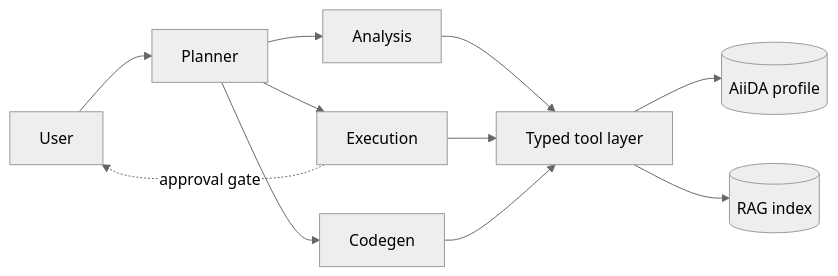
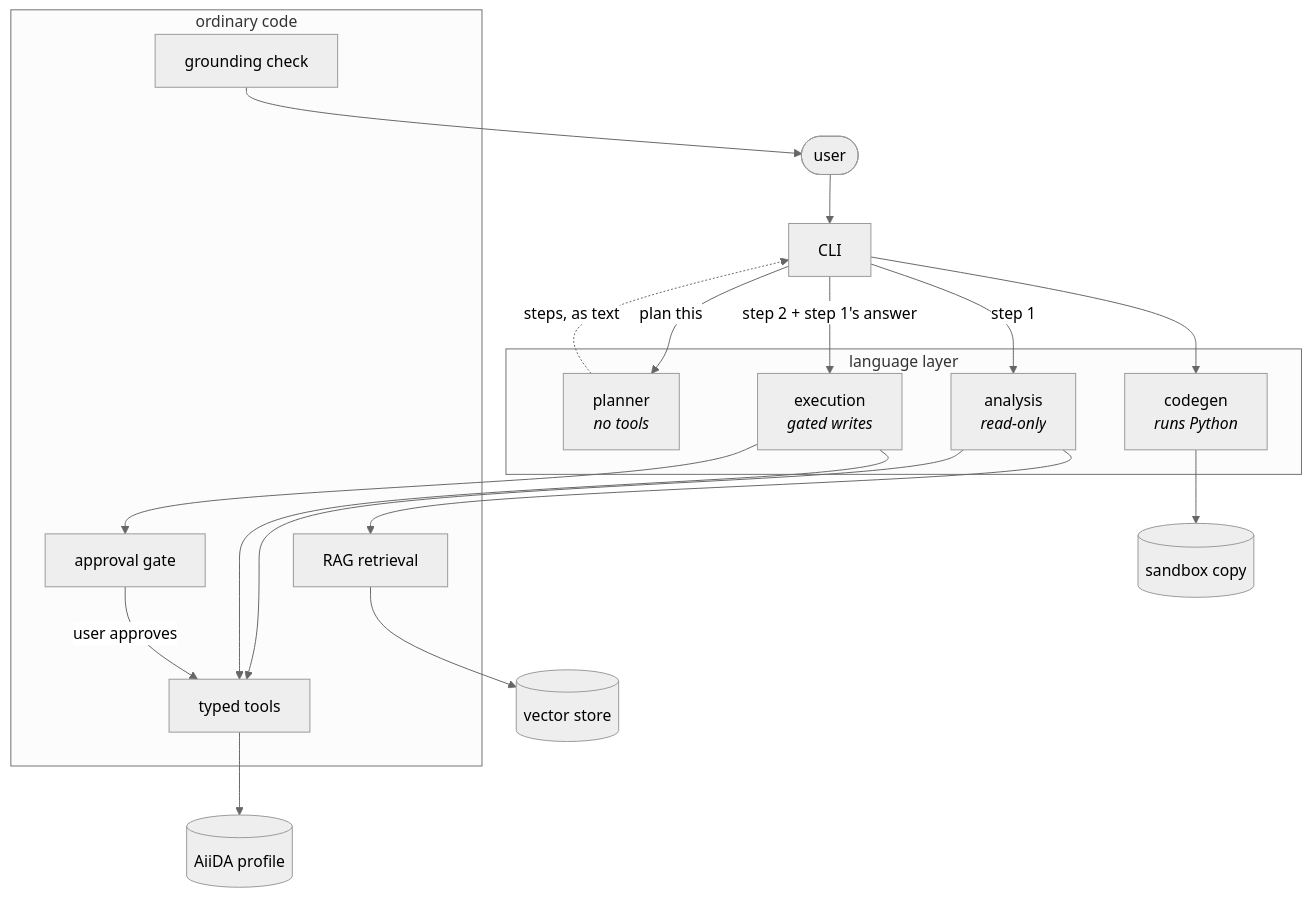
The diagram in slides.md (Jaweria-B/aiida-agents-seminar), drawn with Mermaid (neutral theme) before and after one commit. The commit also changed other lines of this file, not shown here.

````diff
--- a/slides.md
+++ b/slides.md
@@ -105,13 +255,34 @@
-```mermaid {scale: 0.72}
-graph LR
-    U[User] --> P[Planner]
-    P --> A[Analysis]
-    P --> E[Execution]
-    P --> C[Codegen]
-    A --> T[Typed tool layer]
-    E --> T
-    C --> T
-    T --> DB[(AiiDA profile)]
-    T --> R[(RAG index)]
-    E -.approval gate.-> U
+```mermaid {scale: 0.62}
+flowchart TB
+    User([user]) --> CLI
+
+    subgraph agents [language layer]
+        Planner[planner<br/><i>no tools</i>]
+        Analysis[analysis<br/><i>read-only</i>]
+        Execution[execution<br/><i>gated writes</i>]
+        Codegen[codegen<br/><i>runs Python</i>]
+    end
+
+    subgraph deterministic [ordinary code]
+        Tools[typed tools]
+        RAG[RAG retrieval]
+        HITL[approval gate]
+        Ground[grounding check]
+    end
+
+    CLI -->|plan this| Planner
+    Planner -.->|steps, as text| CLI
+    CLI -->|step 1| Analysis
+    CLI -->|step 2 + step 1's answer| Execution
+    CLI --> Codegen
+
+    Analysis --> Tools
+    Execution --> Tools
+    Analysis --> RAG
+    Execution --> HITL
+    HITL -->|user approves| Tools
+    Codegen --> Sand[(sandbox copy)]
+    Tools --> AiiDA[(AiiDA profile)]
+    RAG --> Vec[(vector store)]
+    Ground --> User
 ```
````
